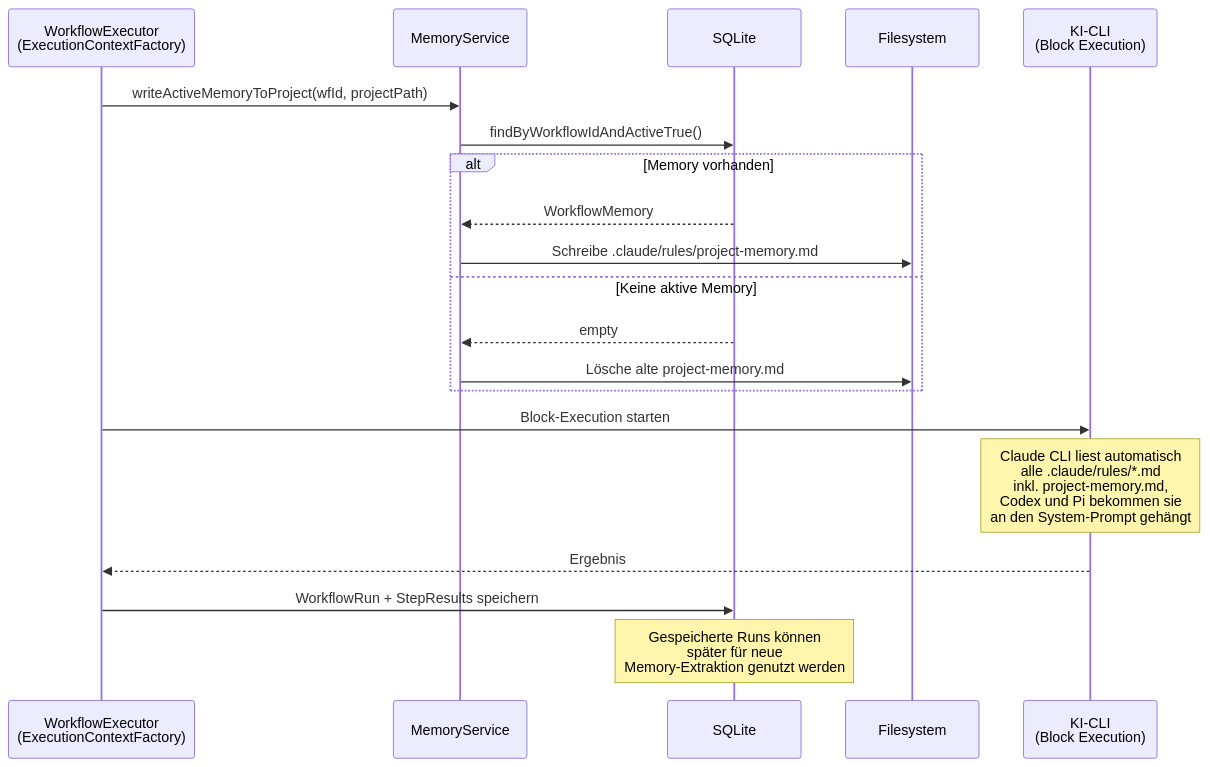
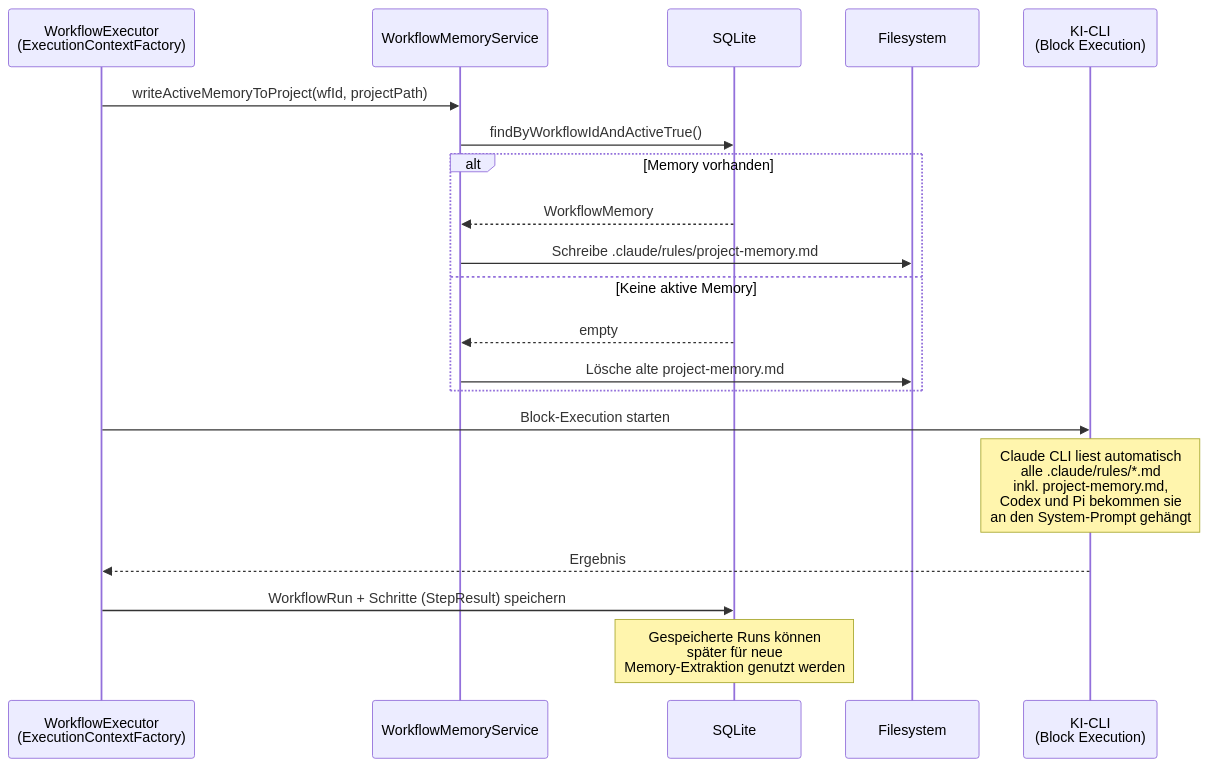
Before and after one commit to FLSEST/MySuricates: the fourth of 7 diagrams in docs/workflow-memory-diagrams.md, drawn with Mermaid. The commit also changed other lines of this file and 9 other files, not shown here.

First line of the commit message:
docs(diagramme): Outdated names in Control and Memory corrected, test list of the Memory page dropped

````diff
--- a/docs/workflow-memory-diagrams.md
+++ b/docs/workflow-memory-diagrams.md
@@ -165,26 +165,26 @@
 ```mermaid
 sequenceDiagram
     participant WE as WorkflowExecutor<br/>(ExecutionContextFactory)
-    participant MS as MemoryService
+    participant MS as WorkflowMemoryService
     participant DB as SQLite
     participant FS as Filesystem
     participant CLI as KI-CLI<br/>(Block Execution)
 
     WE->>MS: writeActiveMemoryToProject(wfId, projectPath)
     MS->>DB: findByWorkflowIdAndActiveTrue()
     alt Memory vorhanden
         DB-->>MS: WorkflowMemory
         MS->>FS: Schreibe .claude/rules/project-memory.md
     else Keine aktive Memory
         DB-->>MS: empty
         MS->>FS: Lösche alte project-memory.md
     end
 
     WE->>CLI: Block-Execution starten
     Note over CLI: Claude CLI liest automatisch<br/>alle .claude/rules/*.md<br/>inkl. project-memory.md,<br/>Codex und Pi bekommen sie<br/>an den System-Prompt gehängt
 
     CLI-->>WE: Ergebnis
-    WE->>DB: WorkflowRun + StepResults speichern
+    WE->>DB: WorkflowRun + Schritte (StepResult) speichern
 
     Note over DB: Gespeicherte Runs können<br/>später für neue<br/>Memory-Extraktion genutzt werden
 ```
````
